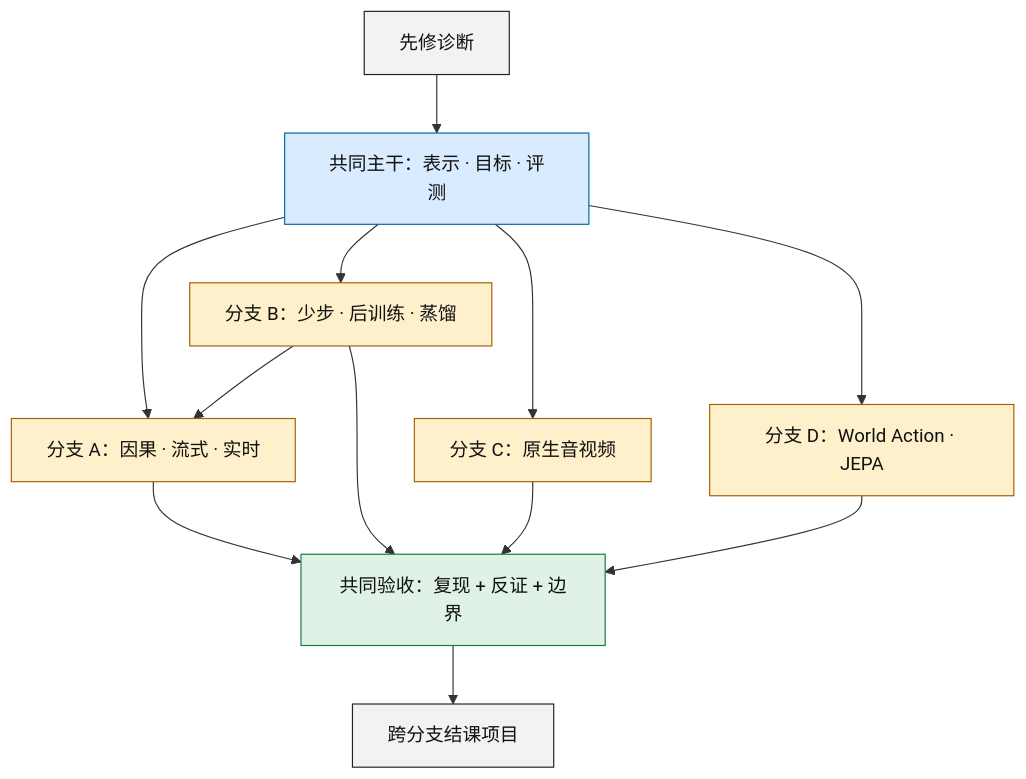
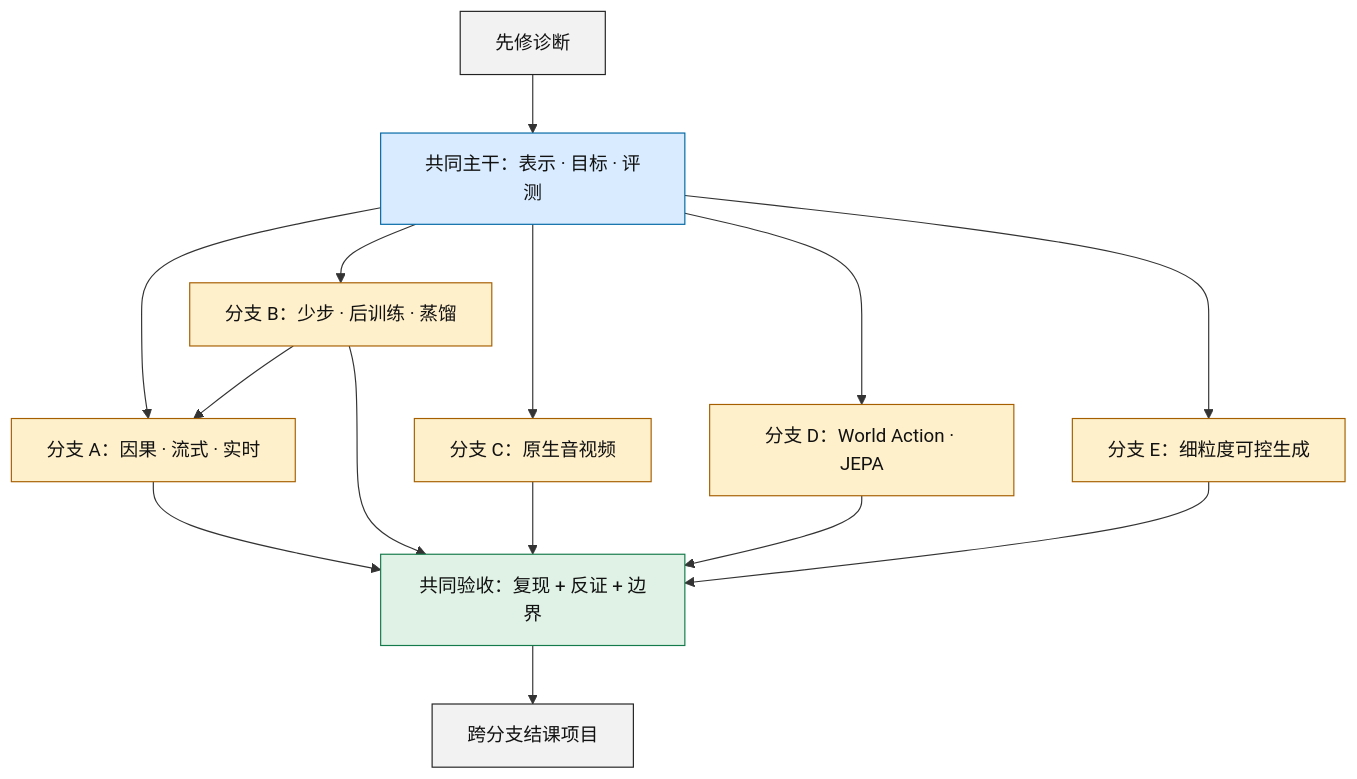
One commit to GVCLab/Video-Generation-101 changed the first of 2 diagrams in docs/reading-list.md. Above: the diagram before and after it, drawn with Mermaid. The commit also changed other lines of this file and 18 other files, not shown here.

````diff
--- a/docs/reading-list.md
+++ b/docs/reading-list.md
@@ -39,26 +40,28 @@
 ```mermaid
 flowchart TB
     accTitle: 视频生成论文课程的依赖路线
-    accDescr: 学习者先完成先修诊断，再通过表示、生成目标和评测组成的共同主干。之后可选择因果流式、少步与后训练、原生音视频、World Action 与 JEPA 四条分支。每条分支都进入共同验收，并以跨分支结课项目结束。
+    accDescr: 学习者先完成先修诊断，再通过表示、生成目标和评测组成的共同主干。之后可选择因果流式、少步与后训练、原生音视频、World Action 与 JEPA、细粒度可控生成五条分支。每条分支都进入共同验收，并以跨分支结课项目结束。
 
     P["先修诊断"] --> K["共同主干：表示 · 目标 · 评测"]
     K --> S["分支 A：因果 · 流式 · 实时"]
     K --> D["分支 B：少步 · 后训练 · 蒸馏"]
     K --> A["分支 C：原生音视频"]
     K --> W["分支 D：World Action · JEPA"]
+    K --> G["分支 E：细粒度可控生成"]
     D --> S
     S --> V["共同验收：复现 + 反证 + 边界"]
     D --> V
     A --> V
     W --> V
+    G --> V
     V --> C["跨分支结课项目"]
 
     classDef gate fill:#f2f2f2,stroke:#222,color:#111
     classDef trunk fill:#d9ecff,stroke:#0067a5,color:#111
     classDef branch fill:#fff0cc,stroke:#a65f00,color:#111
     classDef verify fill:#dff2e5,stroke:#147a4b,color:#111
     class P,C gate
     class K trunk
-    class S,D,A,W branch
+    class S,D,A,W,G branch
     class V verify
 ```
````
